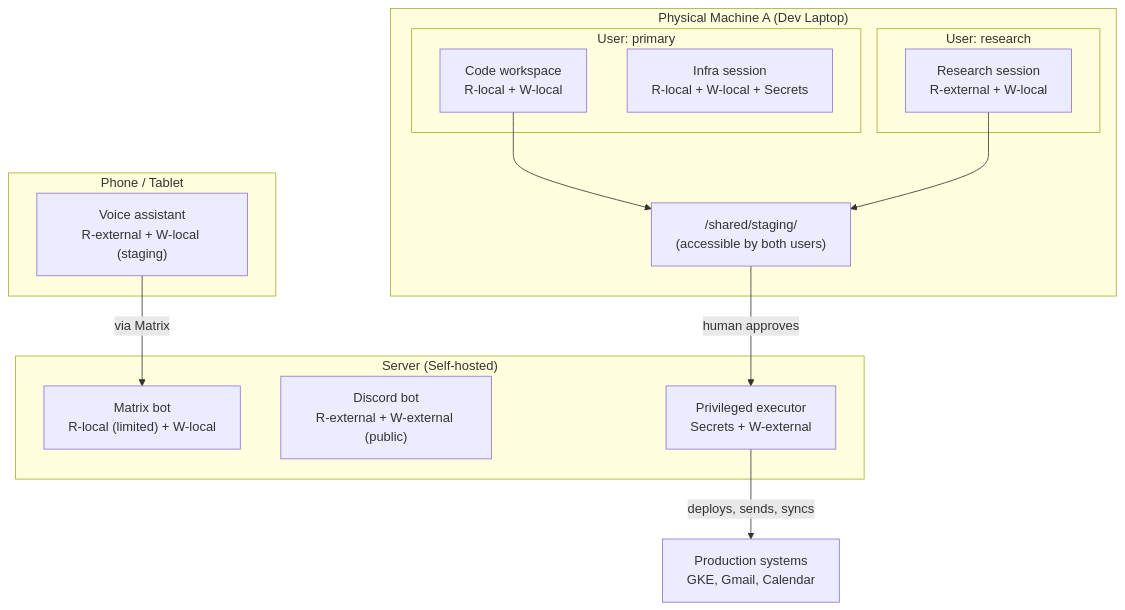
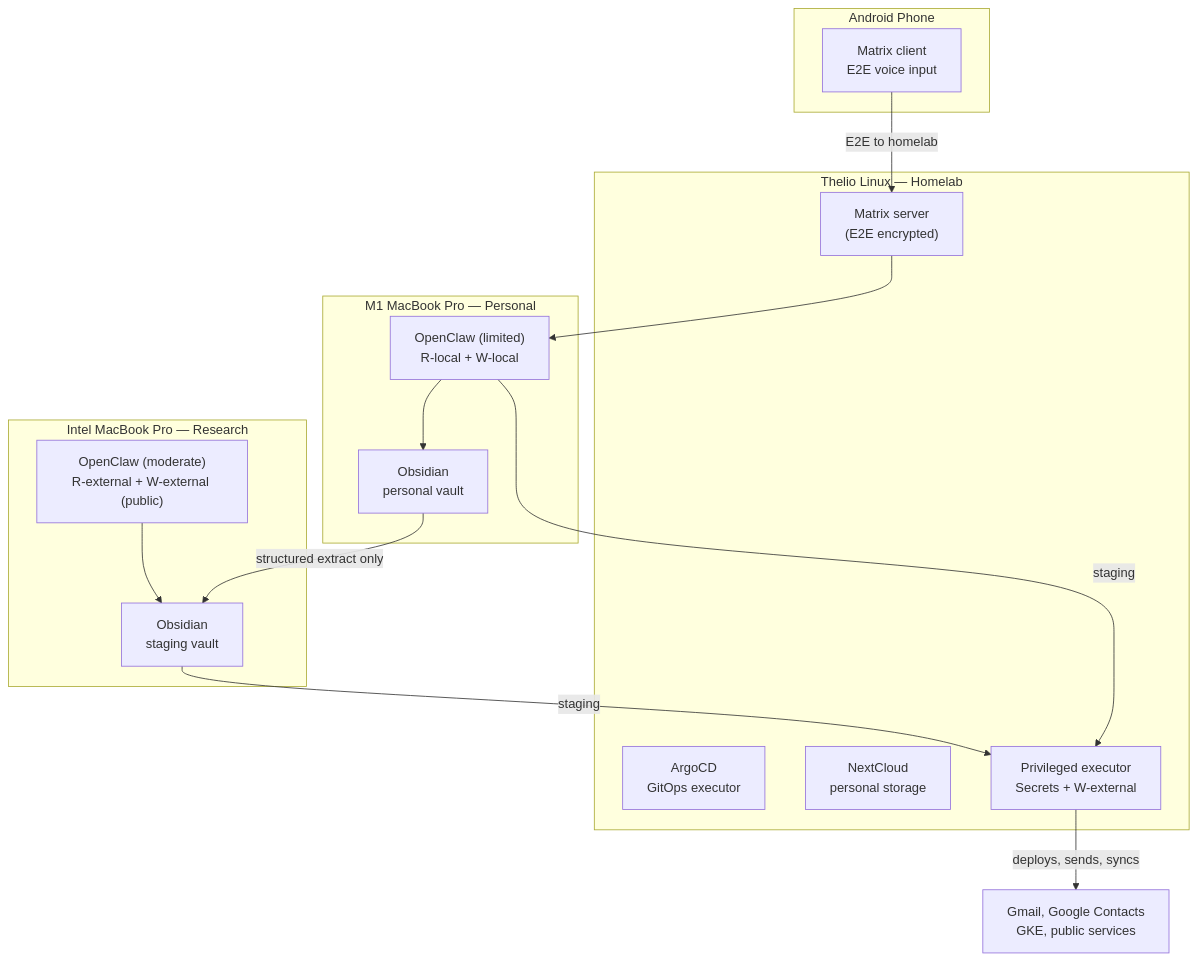
The second of 2 diagrams in ai-agent-security-patterns.md (SiliconSaga/yggdrasil), drawn with Mermaid before and after one commit. The commit also changed other lines of this file, not shown here.

````diff
--- a/ai-agent-security-patterns.md
+++ b/ai-agent-security-patterns.md
@@ -95,26 +95,28 @@
 ```mermaid
 flowchart TB
-    subgraph "Physical Machine A (Dev Laptop)"
-        subgraph "User: primary"
-            code["Code workspace\nR-local + W-local"]
-            infra["Infra session\nR-local + W-local + Secrets"]
-        end
-        subgraph "User: research"
-            research["Research session\nR-external + W-local"]
-        end
-        staging["/shared/staging/\n(accessible by both users)"]
-        code --> staging
-        research --> staging
+    subgraph "Thelio Linux — Homelab"
+        matrix_srv["Matrix server<br>(E2E encrypted)"]
+        argocd["ArgoCD<br>GitOps executor"]
+        nextcloud["NextCloud<br>personal storage"]
+        executor["Privileged executor<br>Secrets + W-external"]
     end
-    subgraph "Phone / Tablet"
-        voice["Voice assistant\nR-external + W-local (staging)"]
+    subgraph "M1 MacBook Pro — Personal"
+        m1_oc["OpenClaw (limited)<br>R-local + W-local"]
+        obsidian_p["Obsidian<br>personal vault"]
+        m1_oc --> obsidian_p
     end
-    subgraph "Server (Self-hosted)"
-        matrix["Matrix bot\nR-local (limited) + W-local"]
-        discord["Discord bot\nR-external + W-external (public)"]
-        executor["Privileged executor\nSecrets + W-external"]
+    subgraph "Intel MacBook Pro — Research"
+        intel_oc["OpenClaw (moderate)<br>R-external + W-external (public)"]
+        obsidian_s["Obsidian<br>staging vault"]
+        intel_oc --> obsidian_s
     end
-    staging -->|human approves| executor
-    voice -->|via Matrix| matrix
-    executor -->|deploys, sends, syncs| prod["Production systems\nGKE, Gmail, Calendar"]
+    subgraph "Android Phone"
+        voice["Matrix client<br>E2E voice input"]
+    end
+    voice -->|"E2E to homelab"| matrix_srv
+    matrix_srv --> m1_oc
+    obsidian_p -->|"structured extract only"| obsidian_s
+    obsidian_s -->|"staging"| executor
+    m1_oc -->|"staging"| executor
+    executor -->|"deploys, sends, syncs"| prod["Gmail, Google Contacts<br>GKE, public services"]
 ```
````
